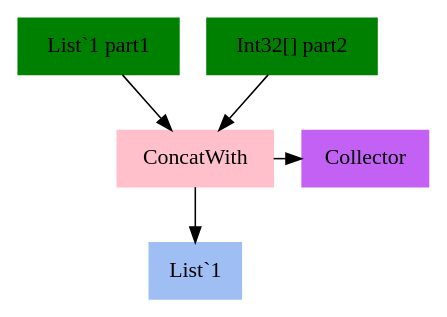
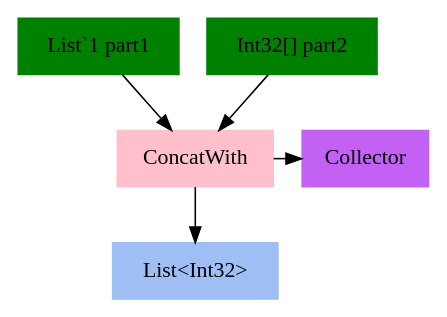
Before and after one commit to refactoring-pipelines/Pipelines: the diagram in Pipelines.Test/PipelineTests.Concat.approved.dot, drawn with Graphviz. The commit also changed 5 other files, not shown here.

```diff
--- a/Pipelines.Test/PipelineTests.Concat.approved.dot
+++ b/Pipelines.Test/PipelineTests.Concat.approved.dot
@@ -1,17 +1,17 @@
 digraph G { node [style=filled, shape=rec]
 
 # Nodes
-{"List`1 part1", "Int32[] part2"} -> "ConcatWith" -> {"List`1", "Collector"}
+{"List`1 part1", "Int32[] part2"} -> "ConcatWith" -> {"List<Int32>", "Collector"}
+
 
 # Formatting
 "List`1 part1" [color=green]
-"Int32[] part2" [color=green]
-"List`1" [color="#9fbff4"]
+"List<Int32>" [color="#9fbff4"]
 "ConcatWith" [color=pink]
 "Collector" [color = "#c361f4"]
-
+"Int32[] part2" [color=green]
 
 { rank=same; "ConcatWith", "Collector"}
 
 
 }
```
